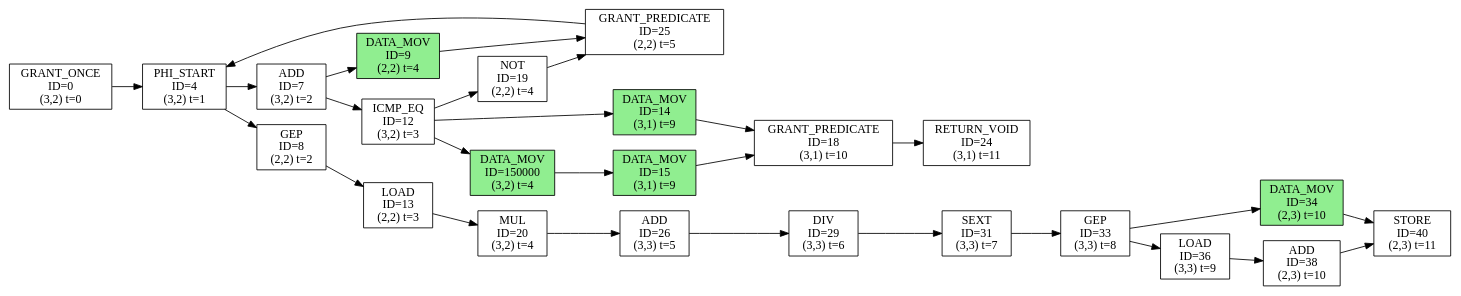
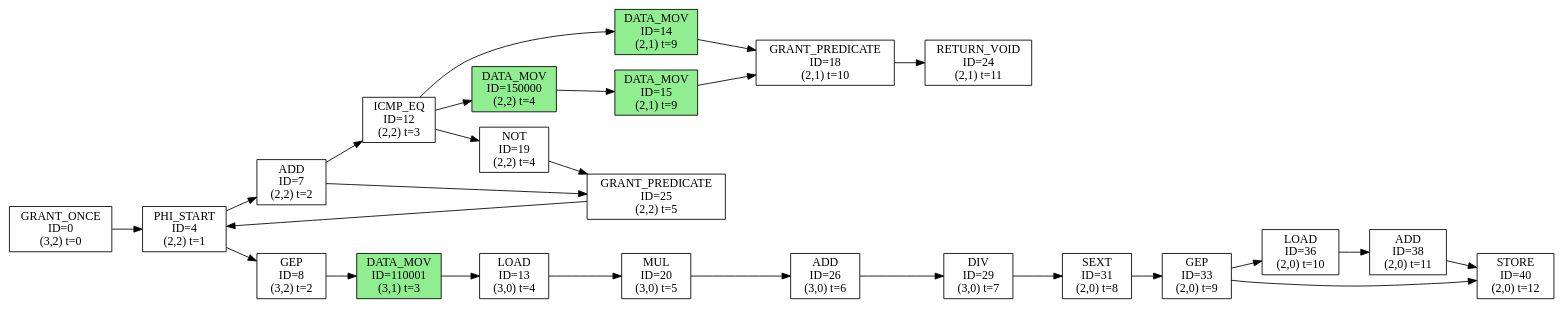
One commit to sarchlab/Zeonica_Testbench changed the diagram in kernel/histogram/histogram-dfg.dot. Above: the diagram before and after it, drawn with Graphviz. The commit also changed 3 other files, not shown here.

```diff
--- a/kernel/histogram/histogram-dfg.dot
+++ b/kernel/histogram/histogram-dfg.dot
@@ -1,53 +1,51 @@
 digraph DFG {
   rankdir=LR;
   node [shape=box, style=filled];
   n0 [label="GRANT_ONCE\nID=0\n(3,2) t=0", fillcolor=white];
-  n4 [label="PHI_START\nID=4\n(3,2) t=1", fillcolor=white];
-  n7 [label="ADD\nID=7\n(3,2) t=2", fillcolor=white];
-  n8 [label="GEP\nID=8\n(2,2) t=2", fillcolor=white];
-  n9 [label="DATA_MOV\nID=9\n(2,2) t=4", fillcolor=lightgreen];
-  n12 [label="ICMP_EQ\nID=12\n(3,2) t=3", fillcolor=white];
-  n13 [label="LOAD\nID=13\n(2,2) t=3", fillcolor=white];
-  n14 [label="DATA_MOV\nID=14\n(3,1) t=9", fillcolor=lightgreen];
-  n15 [label="DATA_MOV\nID=15\n(3,1) t=9", fillcolor=lightgreen];
-  n18 [label="GRANT_PREDICATE\nID=18\n(3,1) t=10", fillcolor=white];
+  n4 [label="PHI_START\nID=4\n(2,2) t=1", fillcolor=white];
+  n7 [label="ADD\nID=7\n(2,2) t=2", fillcolor=white];
+  n8 [label="GEP\nID=8\n(3,2) t=2", fillcolor=white];
+  n12 [label="ICMP_EQ\nID=12\n(2,2) t=3", fillcolor=white];
+  n13 [label="LOAD\nID=13\n(3,0) t=4", fillcolor=white];
+  n14 [label="DATA_MOV\nID=14\n(2,1) t=9", fillcolor=lightgreen];
+  n15 [label="DATA_MOV\nID=15\n(2,1) t=9", fillcolor=lightgreen];
+  n18 [label="GRANT_PREDICATE\nID=18\n(2,1) t=10", fillcolor=white];
   n19 [label="NOT\nID=19\n(2,2) t=4", fillcolor=white];
-  n20 [label="MUL\nID=20\n(3,2) t=4", fillcolor=white];
-  n24 [label="RETURN_VOID\nID=24\n(3,1) t=11", fillcolor=white];
+  n20 [label="MUL\nID=20\n(3,0) t=5", fillcolor=white];
+  n24 [label="RETURN_VOID\nID=24\n(2,1) t=11", fillcolor=white];
   n25 [label="GRANT_PREDICATE\nID=25\n(2,2) t=5", fillcolor=white];
-  n26 [label="ADD\nID=26\n(3,3) t=5", fillcolor=white];
-  n29 [label="DIV\nID=29\n(3,3) t=6", fillcolor=white];
-  n31 [label="SEXT\nID=31\n(3,3) t=7", fillcolor=white];
-  n33 [label="GEP\nID=33\n(3,3) t=8", fillcolor=white];
-  n34 [label="DATA_MOV\nID=34\n(2,3) t=10", fillcolor=lightgreen];
-  n36 [label="LOAD\nID=36\n(3,3) t=9", fillcolor=white];
-  n38 [label="ADD\nID=38\n(2,3) t=10", fillcolor=white];
-  n40 [label="STORE\nID=40\n(2,3) t=11", fillcolor=white];
-  n150000 [label="DATA_MOV\nID=150000\n(3,2) t=4", fillcolor=lightgreen];
-  n33 -> n34;
-  n34 -> n40;
-  n7 -> n9;
-  n9 -> n25;
+  n26 [label="ADD\nID=26\n(3,0) t=6", fillcolor=white];
+  n29 [label="DIV\nID=29\n(3,0) t=7", fillcolor=white];
+  n31 [label="SEXT\nID=31\n(2,0) t=8", fillcolor=white];
+  n33 [label="GEP\nID=33\n(2,0) t=9", fillcolor=white];
+  n36 [label="LOAD\nID=36\n(2,0) t=10", fillcolor=white];
+  n38 [label="ADD\nID=38\n(2,0) t=11", fillcolor=white];
+  n40 [label="STORE\nID=40\n(2,0) t=12", fillcolor=white];
+  n110001 [label="DATA_MOV\nID=110001\n(3,1) t=3", fillcolor=lightgreen];
+  n150000 [label="DATA_MOV\nID=150000\n(2,2) t=4", fillcolor=lightgreen];
   n12 -> n14;
   n14 -> n18;
+  n8 -> n110001;
   n12 -> n150000;
   n150000 -> n15;
   n15 -> n18;
   n36 -> n38;
+  n29 -> n31;
   n31 -> n33;
   n0 -> n4;
   n12 -> n19;
+  n33 -> n40;
   n4 -> n7;
   n33 -> n36;
   n4 -> n8;
+  n7 -> n25;
+  n19 -> n25;
   n38 -> n40;
   n7 -> n12;
   n20 -> n26;
-  n8 -> n13;
+  n110001 -> n13;
   n13 -> n20;
-  n29 -> n31;
   n18 -> n24;
-  n19 -> n25;
   n25 -> n4;
   n26 -> n29;
 }
```
